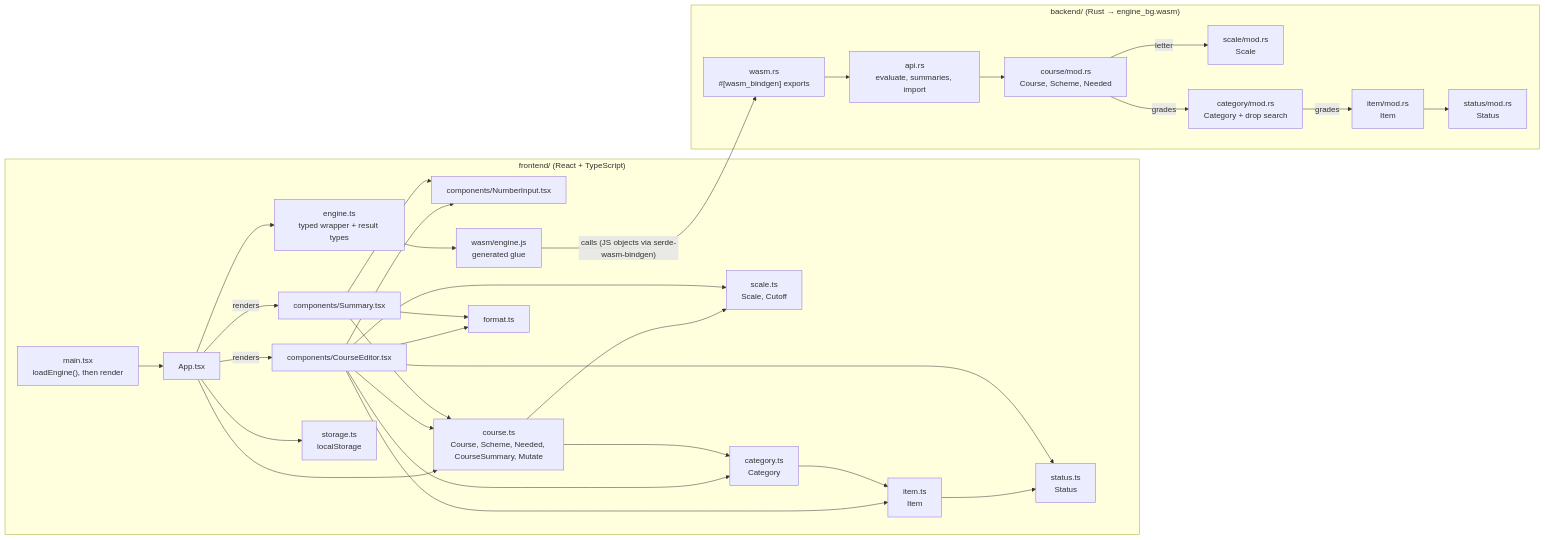
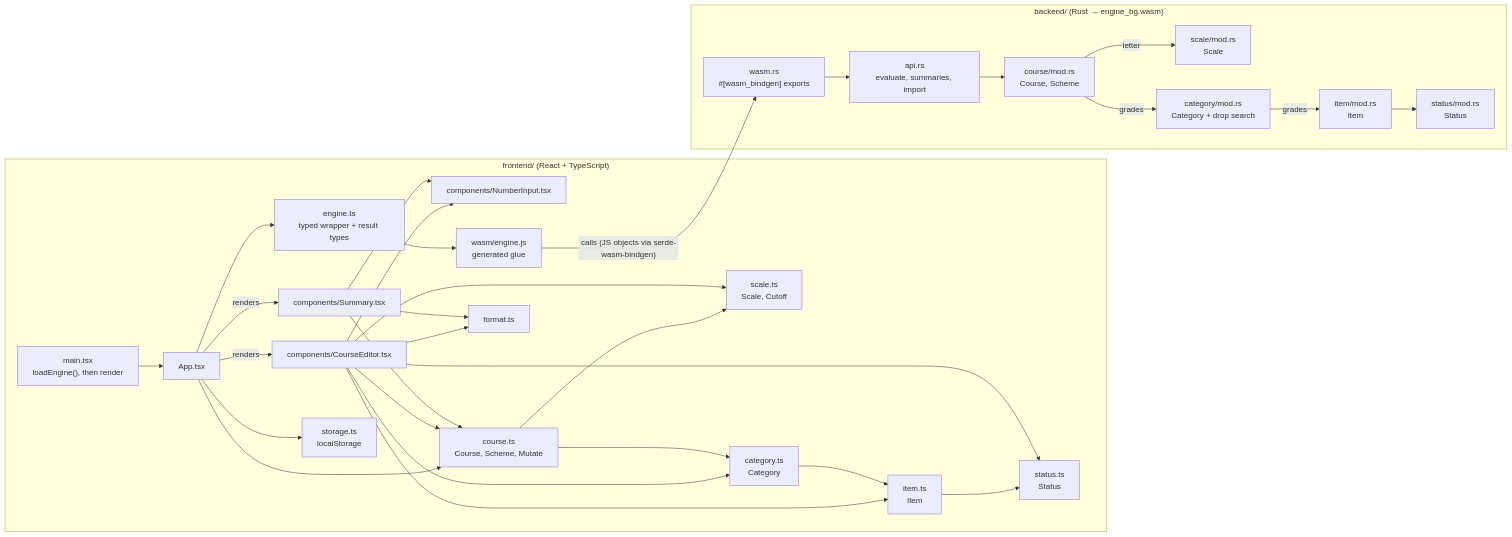
The first of 8 diagrams in docs/uml.md (Patman1O1/grade-calculator), drawn with Mermaid before and after one commit. The commit also changed other lines of this file and 11 other files, not shown here.

First line of the commit message:
Base the engine on Item, Category, Course, Status, Scale and Scheme only

````diff
--- a/docs/uml.md
+++ b/docs/uml.md
@@ -20,54 +20,54 @@
 ```mermaid
 flowchart LR
   subgraph frontend["frontend/ (React + TypeScript)"]
     main["main.tsx<br/>loadEngine(), then render"]
     App["App.tsx"]
     CourseEditor["components/CourseEditor.tsx"]
     Summary["components/Summary.tsx"]
     NumberInput["components/NumberInput.tsx"]
-    coursets["course.ts<br/>Course, Scheme, Needed, CourseSummary, Mutate"]
+    coursets["course.ts<br/>Course, Scheme, Mutate"]
     scalets["scale.ts<br/>Scale, Cutoff"]
     categoryts["category.ts<br/>Category"]
     itemts["item.ts<br/>Item"]
     statusts["status.ts<br/>Status"]
     enginets["engine.ts<br/>typed wrapper + result types"]
     glue["wasm/engine.js<br/>generated glue"]
     storage["storage.ts<br/>localStorage"]
     format["format.ts"]
   end
   subgraph engine["backend/ (Rust → engine_bg.wasm)"]
     wasm["wasm.rs<br/>#[wasm_bindgen] exports"]
     api["api.rs<br/>evaluate, summaries, import"]
     item["item/mod.rs<br/>Item"]
     status["status/mod.rs<br/>Status"]
     scale["scale/mod.rs<br/>Scale"]
     category["category/mod.rs<br/>Category + drop search"]
-    course["course/mod.rs<br/>Course, Scheme, Needed"]
+    course["course/mod.rs<br/>Course, Scheme"]
   end
 
   main --> App
   App --> enginets --> glue
   App --> storage
   App -->|renders| CourseEditor
   App -->|renders| Summary
   CourseEditor --> NumberInput
   Summary --> NumberInput
   CourseEditor --> format
   Summary --> format
   App --> coursets
   CourseEditor --> coursets
   CourseEditor --> categoryts
   CourseEditor --> itemts
   Summary --> coursets
   coursets --> categoryts --> itemts --> statusts
   coursets --> scalets
   CourseEditor --> scalets
   CourseEditor --> statusts
   glue -->|"calls (JS objects via serde-wasm-bindgen)"| wasm
   wasm --> api
   api --> course
   course -->|grades| category
   course -->|letter| scale
   category -->|grades| item
   item --> status
 ```
````
